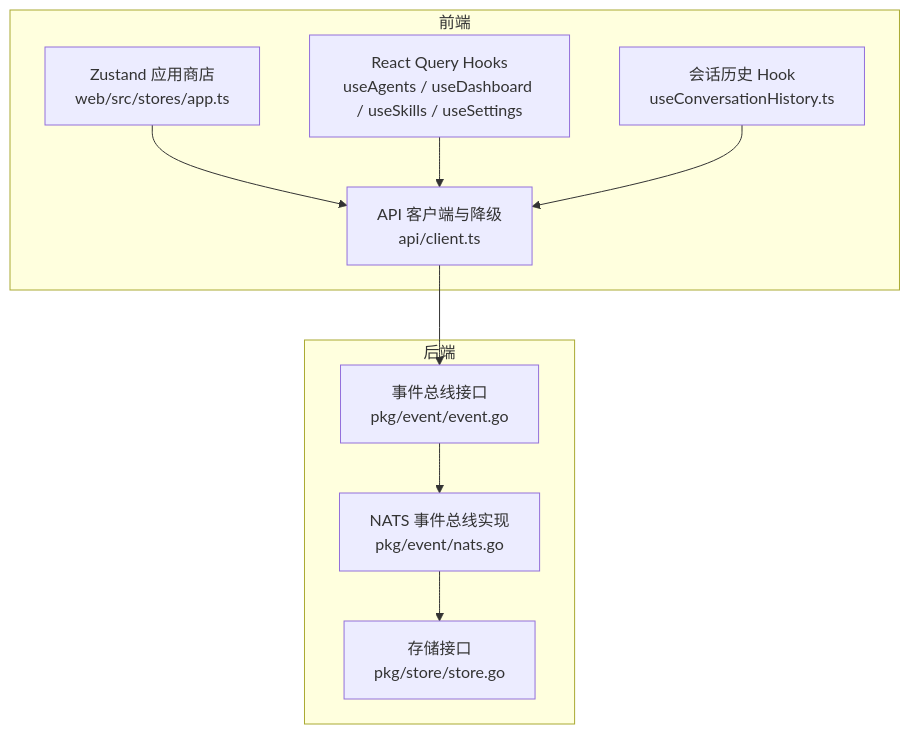
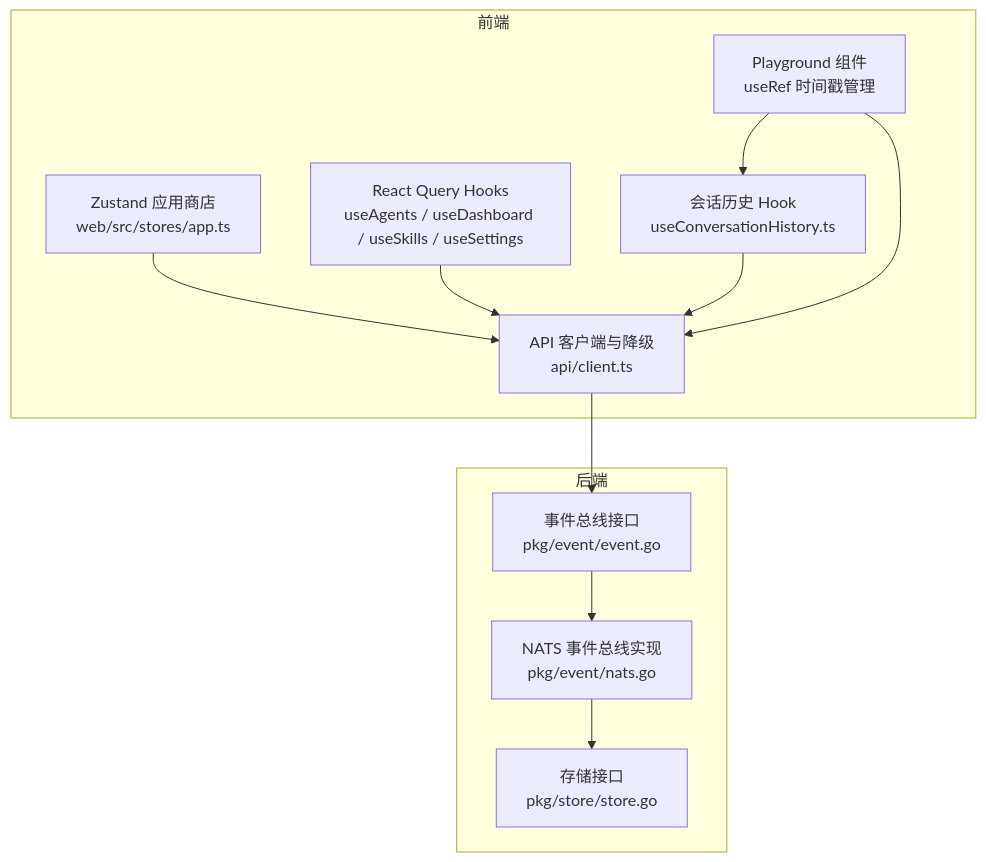
The first of 8 diagrams in .qoder/repowiki/zh/content/用户界面/Web 界面/状态管理.md (ai-guru-global/resolve-agent), drawn with Mermaid before and after one commit. The commit also changed other lines of this file and 34 other files, not shown here.

````diff
--- a/.qoder/repowiki/zh/content/用户界面/Web 界面/状态管理.md
+++ b/.qoder/repowiki/zh/content/用户界面/Web 界面/状态管理.md
@@ -41,20 +52,23 @@
 ```mermaid
 graph TB
 subgraph "前端"
 A["Zustand 应用商店<br/>web/src/stores/app.ts"]
 B["React Query Hooks<br/>useAgents / useDashboard / useSkills / useSettings"]
 C["会话历史 Hook<br/>useConversationHistory.ts"]
 D["API 客户端与降级<br/>api/client.ts"]
+E["Playground 组件<br/>useRef 时间戳管理"]
 end
 subgraph "后端"
-E["事件总线接口<br/>pkg/event/event.go"]
-F["NATS 事件总线实现<br/>pkg/event/nats.go"]
-G["存储接口<br/>pkg/store/store.go"]
+F["事件总线接口<br/>pkg/event/event.go"]
+G["NATS 事件总线实现<br/>pkg/event/nats.go"]
+H["存储接口<br/>pkg/store/store.go"]
 end
 A --> D
 B --> D
 C --> D
-D --> E
-E --> F
+E --> C
+E --> D
+D --> F
 F --> G
+G --> H
 ```
````
